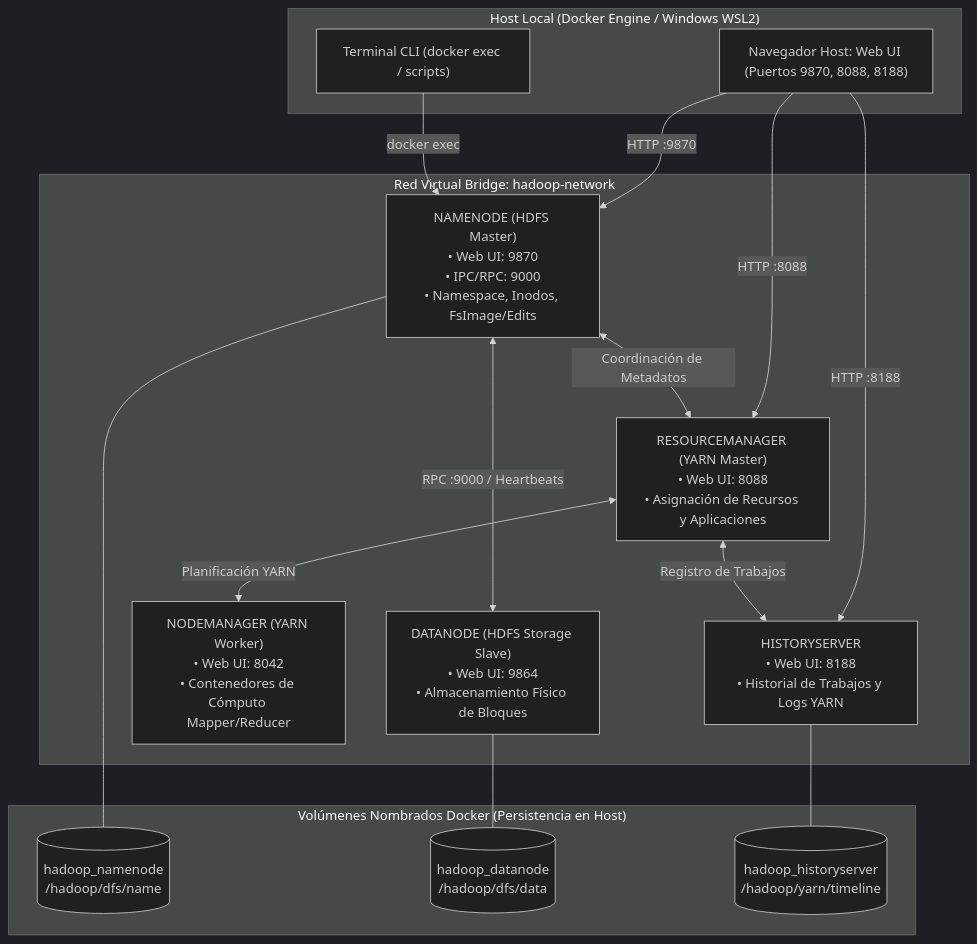
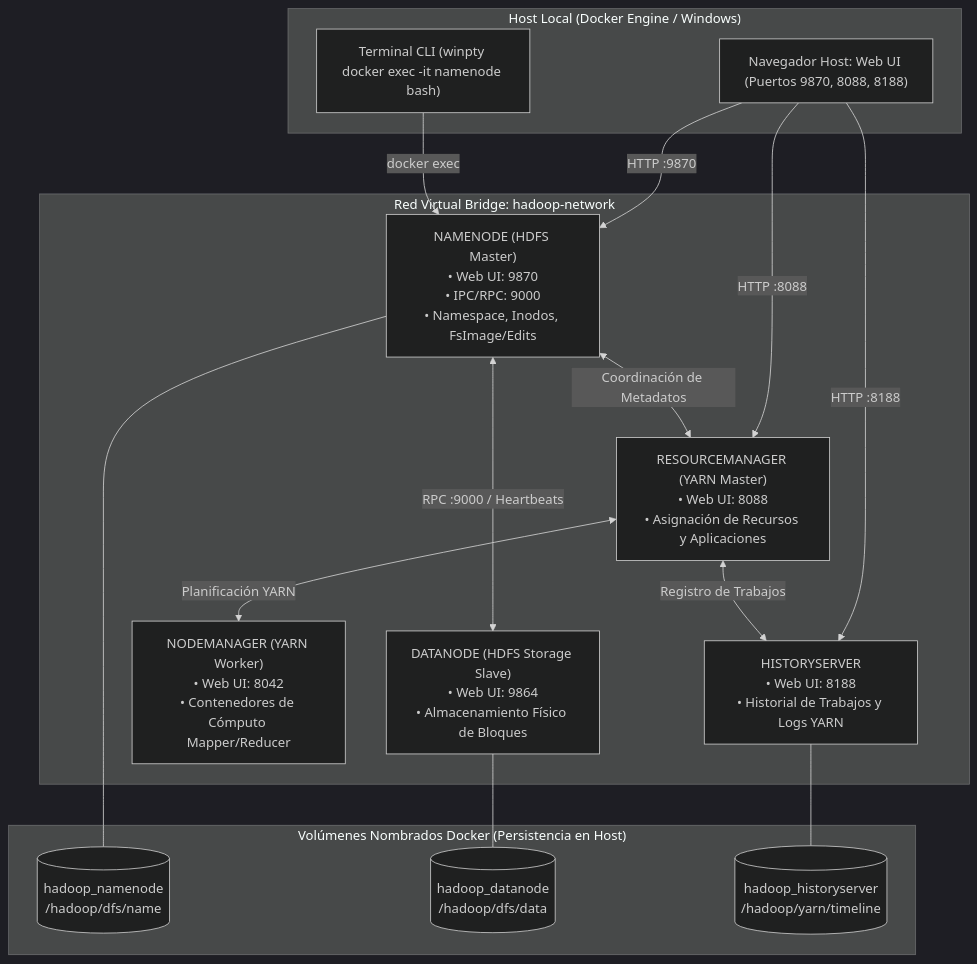
The diagram in README.md (RJoel158/bigdata-grupo-4), drawn with Mermaid (dark theme) before and after one commit. The commit also changed other lines of this file and 1 other file, not shown here.

Commit message:
docs: actualizar flujo interactivo en terminal linux y regenerar pdf

````diff
--- a/README.md
+++ b/README.md
@@ -60,35 +60,35 @@
 ```mermaid
 graph TD
-    subgraph Host["Host Local (Docker Engine / Windows WSL2)"]
+    subgraph Host["Host Local (Docker Engine / Windows)"]
         Browser["Navegador Host: Web UI (Puertos 9870, 8088, 8188)"]
-        CLI["Terminal CLI (docker exec / scripts)"]
+        CLI["Terminal CLI (winpty docker exec -it namenode bash)"]
     end
 
     subgraph BridgeNet["Red Virtual Bridge: hadoop-network"]
         NN["NAMENODE (HDFS Master)<br/>• Web UI: 9870<br/>• IPC/RPC: 9000<br/>• Namespace, Inodos, FsImage/Edits"]
         DN["DATANODE (HDFS Storage Slave)<br/>• Web UI: 9864<br/>• Almacenamiento Físico de Bloques"]
         RM["RESOURCEMANAGER (YARN Master)<br/>• Web UI: 8088<br/>• Asignación de Recursos y Aplicaciones"]
         NM["NODEMANAGER (YARN Worker)<br/>• Web UI: 8042<br/>• Contenedores de Cómputo Mapper/Reducer"]
         HS["HISTORYSERVER<br/>• Web UI: 8188<br/>• Historial de Trabajos y Logs YARN"]
     end
 
     subgraph Volumes["Volúmenes Nombrados Docker (Persistencia en Host)"]
         V_NN[("hadoop_namenode<br/>/hadoop/dfs/name")]
         V_DN[("hadoop_datanode<br/>/hadoop/dfs/data")]
         V_HS[("hadoop_historyserver<br/>/hadoop/yarn/timeline")]
     end
 
     Browser -->|HTTP :9870| NN
     Browser -->|HTTP :8088| RM
     Browser -->|HTTP :8188| HS
     CLI -->|docker exec| NN
 
     NN <-->|RPC :9000 / Heartbeats| DN
     RM <-->|Planificación YARN| NM
     NN <-->|Coordinación de Metadatos| RM
     RM <-->|Registro de Trabajos| HS
 
     NN --- V_NN
     DN --- V_DN
     HS --- V_HS
 ```
````
